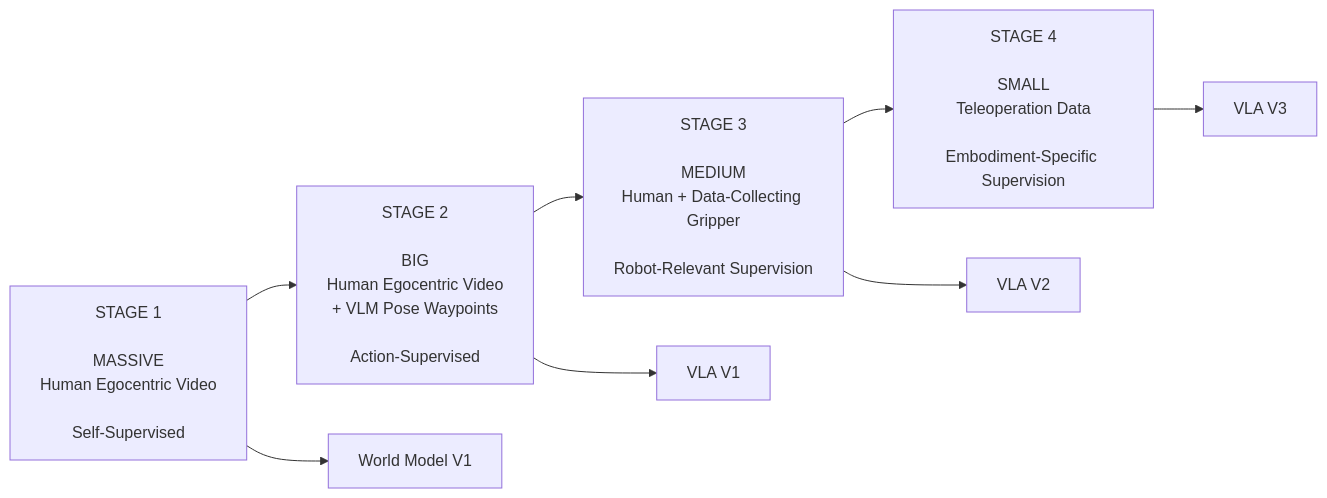
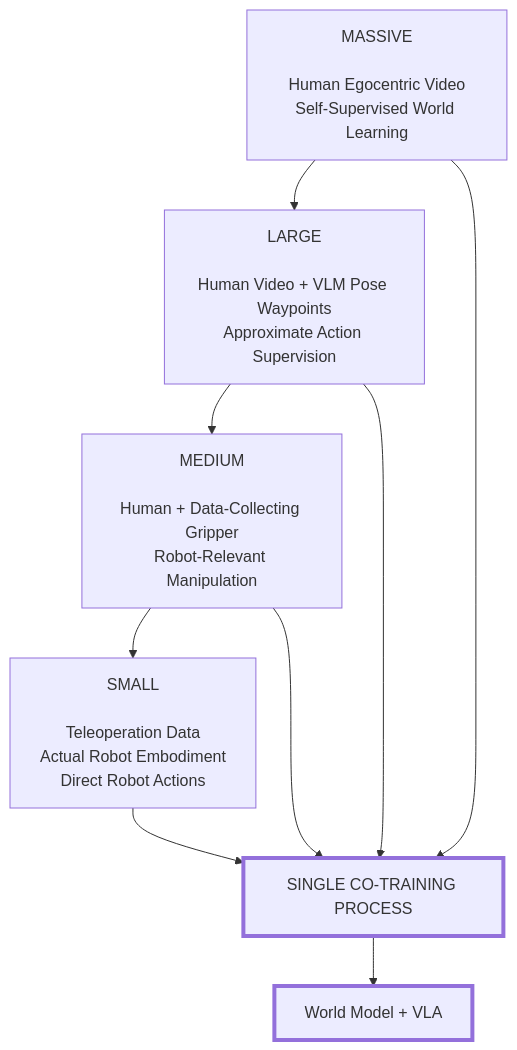
Before and after one commit to Freelunch-AI/freelunch-ide: the first of 17 diagrams in docs/specs/post-demo/lunch_robotics.md, drawn with Mermaid. The commit also changed other lines of this file, not shown here.

First line of the commit message:
Enhance Foundation Model Data Funnel explanation

````diff
--- a/docs/specs/post-demo/lunch_robotics.md
+++ b/docs/specs/post-demo/lunch_robotics.md
@@ -95,14 +58,21 @@
 ```mermaid
-flowchart LR
-    A["STAGE 1<br/><br/>MASSIVE<br/>Human Egocentric Video<br/><br/>Self-Supervised"]
-    --> B["STAGE 2<br/><br/>BIG<br/>Human Egocentric Video<br/>+ VLM Pose Waypoints<br/><br/>Action-Supervised"]
+flowchart TB
+    A["SMALL<br/><br/>Teleoperation Data<br/>Actual Robot Embodiment<br/>Direct Robot Actions"]
+    B["MEDIUM<br/><br/>Human + Data-Collecting Gripper<br/>Robot-Relevant Manipulation"]
+    C["LARGE<br/><br/>Human Video + VLM Pose Waypoints<br/>Approximate Action Supervision"]
+    D["MASSIVE<br/><br/>Human Egocentric Video<br/>Self-Supervised World Learning"]
 
-    B --> C["STAGE 3<br/><br/>MEDIUM<br/>Human + Data-Collecting Gripper<br/><br/>Robot-Relevant Supervision"]
+    D --> C
+    C --> B
+    B --> A
 
-    C --> D["STAGE 4<br/><br/>SMALL<br/>Teleoperation Data<br/><br/>Embodiment-Specific Supervision"]
+    A --> E["SINGLE CO-TRAINING PROCESS"]
+    B --> E
+    C --> E
+    D --> E
 
-    A --> A1["World Model V1"]
-    B --> B1["VLA V1"]
-    C --> C1["VLA V2"]
-    D --> D1["VLA V3"]
+    E --> F["World Model + VLA"]
+
+    style E stroke-width:4px
+    style F stroke-width:4px
 ```
````
